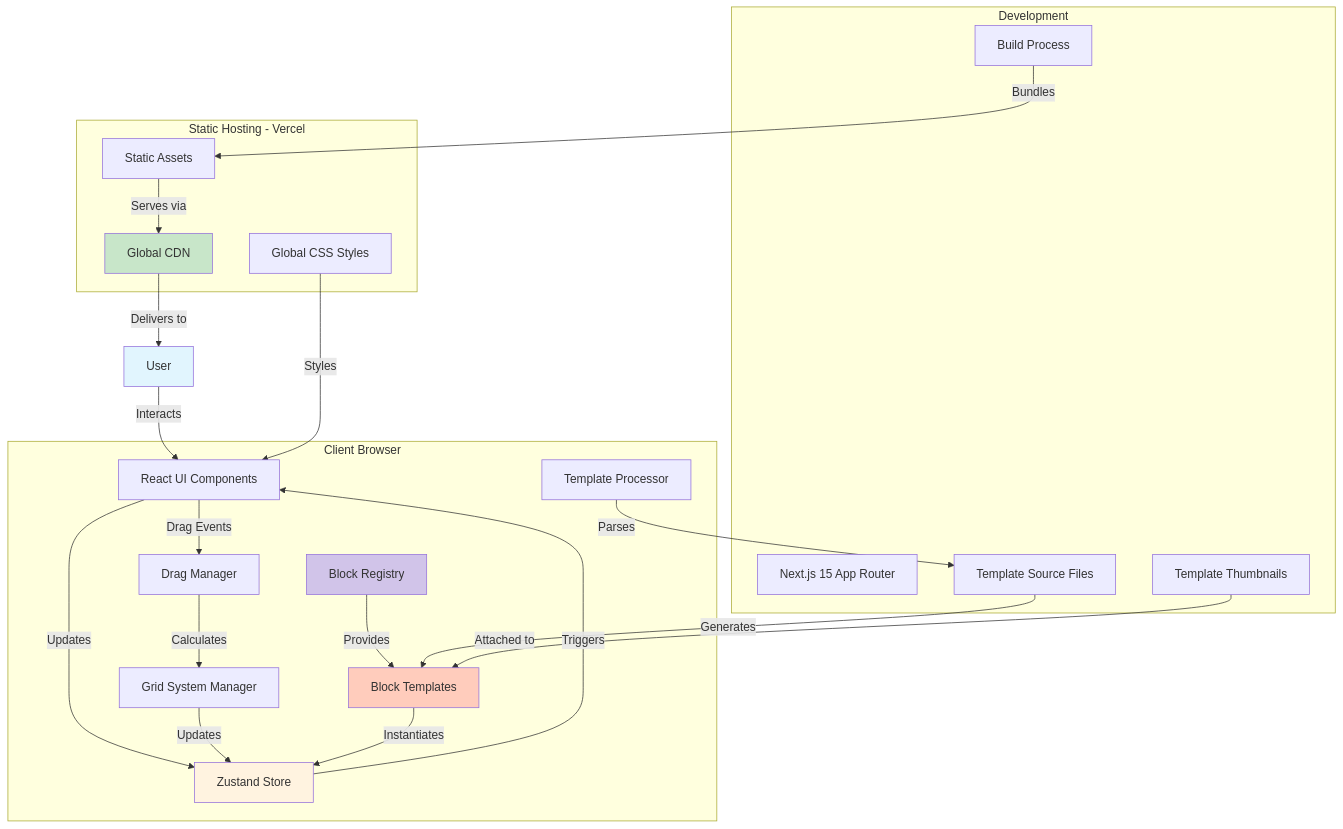
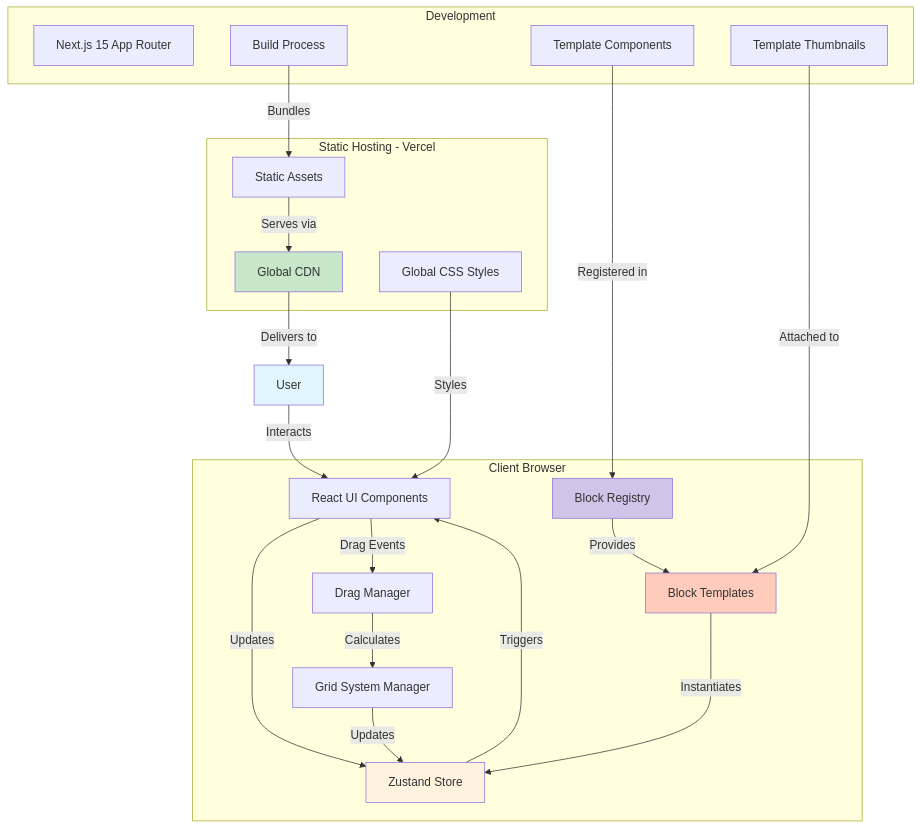
One commit to litkeys/DraftCN changed the diagram in docs/architecture/high-level-architecture.md. Above: the diagram before and after it, drawn with Mermaid. The commit also changed other lines of this file and 33 other files, not shown here.

````diff
--- a/docs/architecture/high-level-architecture.md
+++ b/docs/architecture/high-level-architecture.md
@@ -21,49 +21,47 @@
 ```mermaid
 graph TB
     subgraph "Client Browser"
         UI[React UI Components]
         State[Zustand Store]
         Registry[Block Registry]
         Templates[Block Templates]
-        Processor[Template Processor]
         Grid[Grid System Manager]
         Drag[Drag Manager]
     end
     
     subgraph "Static Hosting - Vercel"
         CDN[Global CDN]
         Static[Static Assets]
         CSS[Global CSS Styles]
     end
     
     subgraph "Development"
         Next[Next.js 15 App Router]
         Build[Build Process]
-        TSX[Template Source Files]
+        Components[Template Components]
         Thumbs[Template Thumbnails]
     end
     
     User[User] -->|Interacts| UI
     UI -->|Updates| State
     State -->|Triggers| UI
     UI -->|Drag Events| Drag
     Drag -->|Calculates| Grid
     Grid -->|Updates| State
     
     Registry -->|Provides| Templates
     Templates -->|Instantiates| State
-    Processor -->|Parses| TSX
-    TSX -->|Generates| Templates
+    Components -->|Registered in| Registry
     Thumbs -->|Attached to| Templates
     
     Build -->|Bundles| Static
     CSS -->|Styles| UI
     Static -->|Serves via| CDN
     CDN -->|Delivers to| User
     
     style User fill:#e1f5fe
     style CDN fill:#c8e6c9
     style State fill:#fff3e0
     style Templates fill:#ffccbc
     style Registry fill:#d1c4e9
 ```
````
